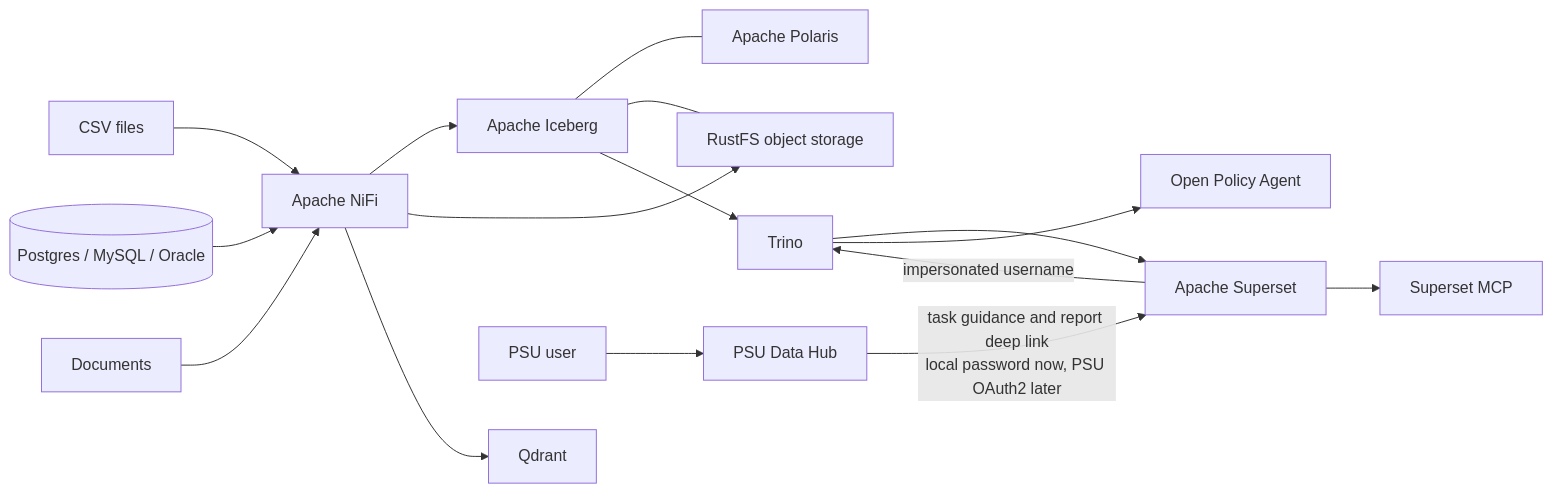
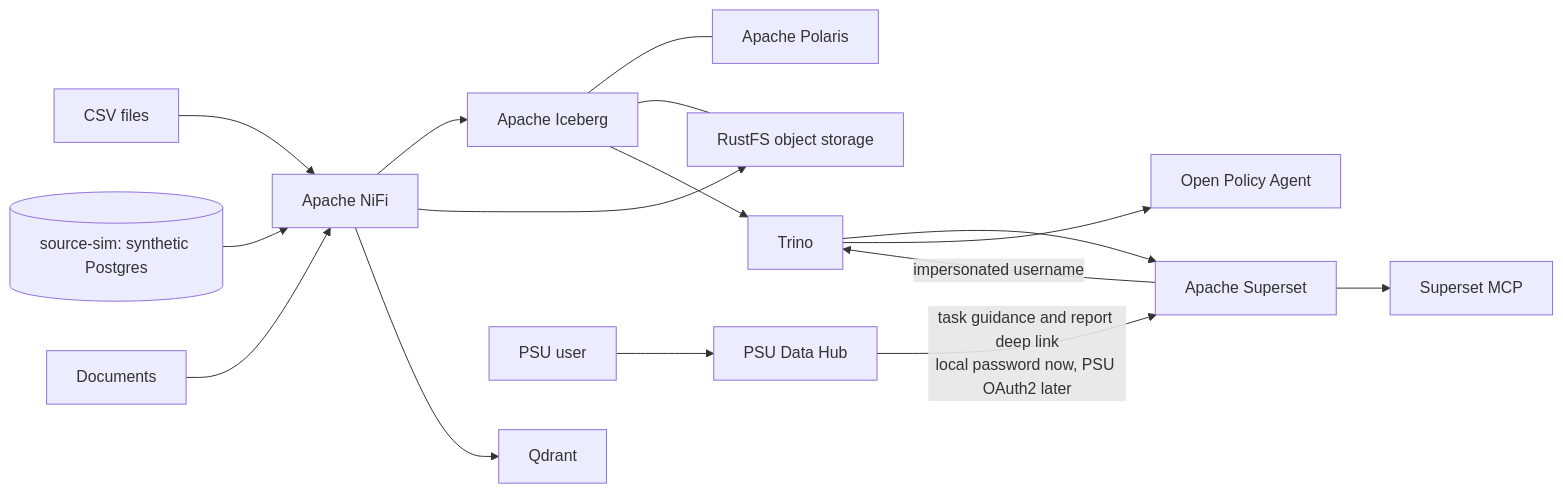
One commit to diishub/icelake changed the diagram in docs/ARCHITECTURE.md. Above: the diagram before and after it, drawn with Mermaid. The commit also changed other lines of this file and 31 other files, not shown here.

````diff
--- a/docs/ARCHITECTURE.md
+++ b/docs/ARCHITECTURE.md
@@ -5,19 +5,19 @@
 ```mermaid
 flowchart LR
     CSV[CSV files] --> NIFI[Apache NiFi]
-    DB[(Postgres / MySQL / Oracle)] --> NIFI
+    SIM[(source-sim: synthetic Postgres)] --> NIFI
     NIFI --> ICE[Apache Iceberg]
     ICE --- POL[Apache Polaris]
     ICE --- S3[RustFS object storage]
     ICE --> TRINO[Trino]
     TRINO --> SUPER[Apache Superset]
     SUPER --> MCP[Superset MCP]
     DOC[Documents] --> NIFI
     NIFI --> S3
     NIFI --> QD[Qdrant]
 
     USER[PSU user] --> PORTAL[PSU Data Hub]
     PORTAL -->|task guidance and report deep link\nlocal password now, PSU OAuth2 later| SUPER
     SUPER -->|impersonated username| TRINO
     TRINO --> OPA[Open Policy Agent]
 ```
````
